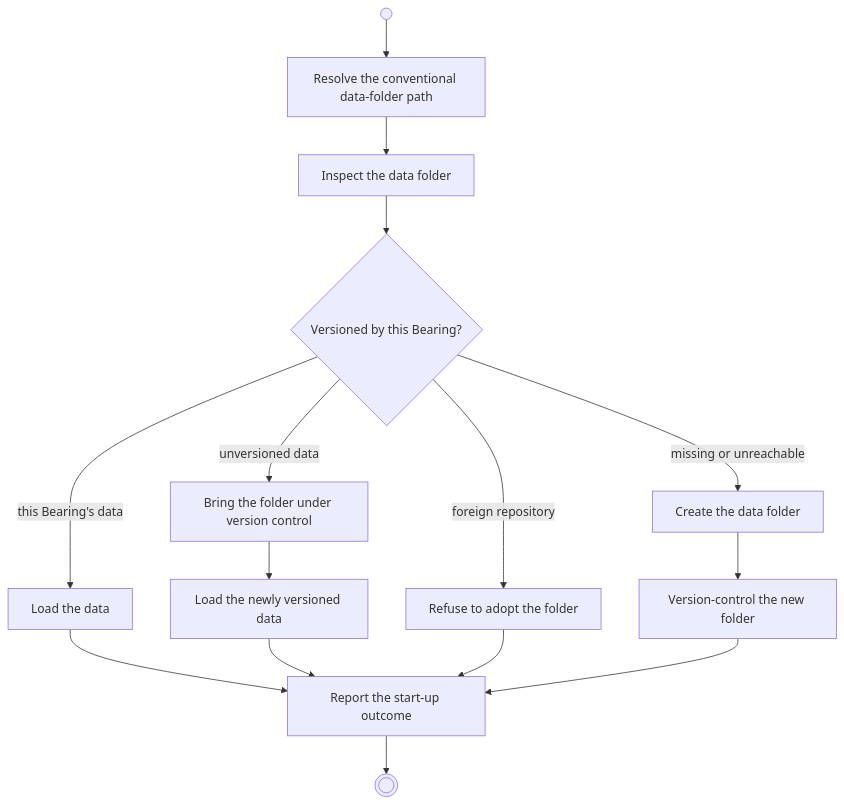
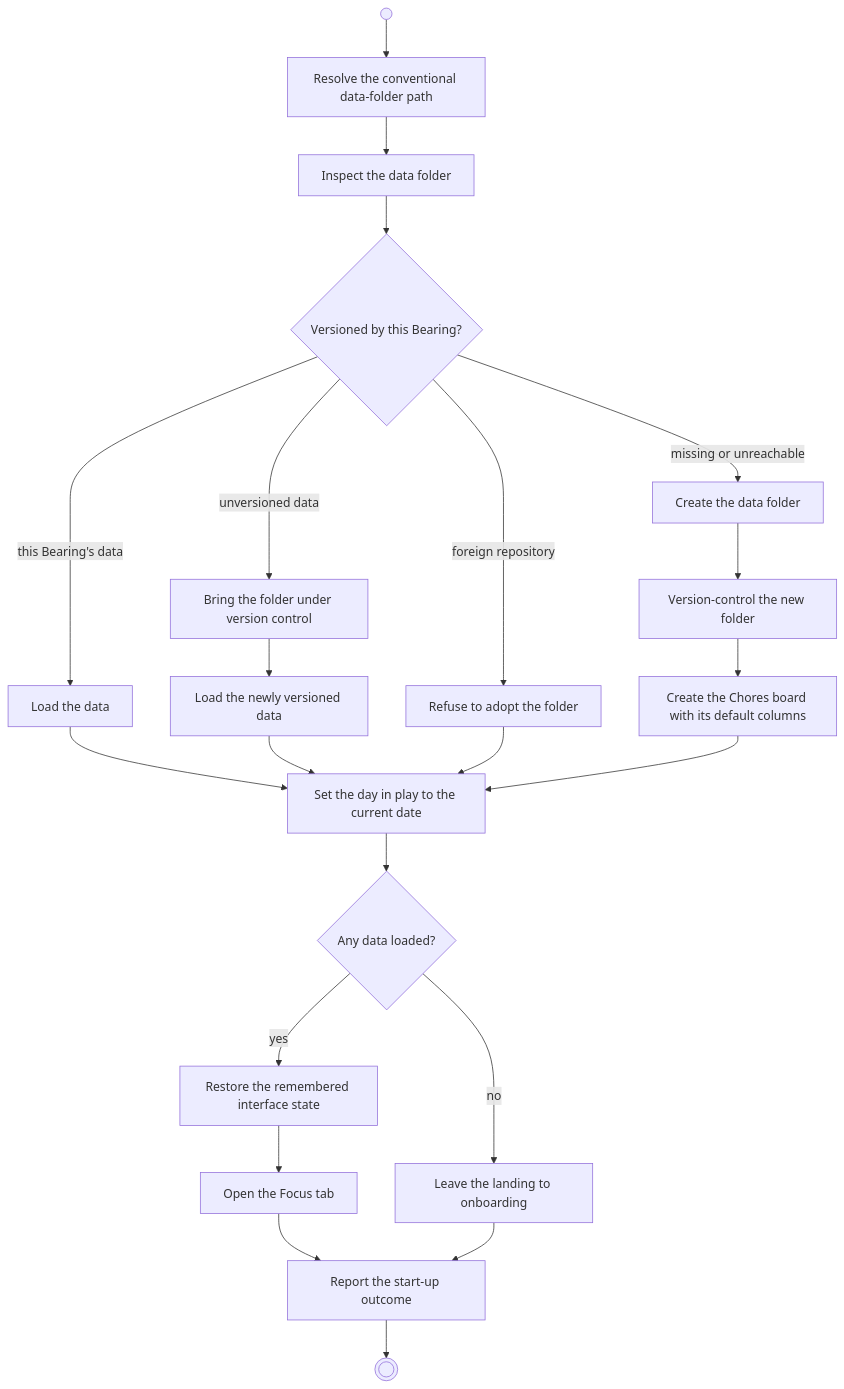
The diagram in docs/02_Business/02_System-Interactions/BP01.01_StartUp.md (rknuus/Bearing), drawn with Mermaid before and after one commit. The commit also changed other lines of this file and 356 other files, not shown here.

````diff
--- a/docs/02_Business/02_System-Interactions/BP01.01_StartUp.md
+++ b/docs/02_Business/02_System-Interactions/BP01.01_StartUp.md
@@ -10,29 +10,42 @@
 ```mermaid
 flowchart TD
   n1["Resolve the conventional data-folder path"]
   n2["Inspect the data folder"]
   n3{"Versioned by this Bearing?"}
   n4["Load the data"]
   n5["Bring the folder under version control"]
   n6["Load the newly versioned data"]
   n7["Refuse to adopt the folder"]
   n8["Create the data folder"]
   n9["Version-control the new folder"]
-  n10["Report the start-up outcome"]
+  n10["Create the Chores board with its default columns"]
+  n11["Set the day in play to the current date"]
+  n12{"Any data loaded?"}
+  n13["Restore the remembered interface state"]
+  n14["Open the Focus tab"]
+  n15["Leave the landing to onboarding"]
+  n16["Report the start-up outcome"]
   s(( ))
   e((( )))
   n1 --> n2
   n2 --> n3
   n3 -->|"this Bearing's data"| n4
   n5 --> n6
   n3 -->|"unversioned data"| n5
   n3 -->|"foreign repository"| n7
   n8 --> n9
+  n9 --> n10
   n3 -->|"missing or unreachable"| n8
-  n4 --> n10
-  n6 --> n10
-  n7 --> n10
-  n9 --> n10
+  n4 --> n11
+  n6 --> n11
+  n7 --> n11
+  n10 --> n11
+  n11 --> n12
+  n13 --> n14
+  n12 -->|"yes"| n13
+  n12 -->|"no"| n15
+  n14 --> n16
+  n15 --> n16
   s --> n1
-  n10 --> e
+  n16 --> e
 ```
````
